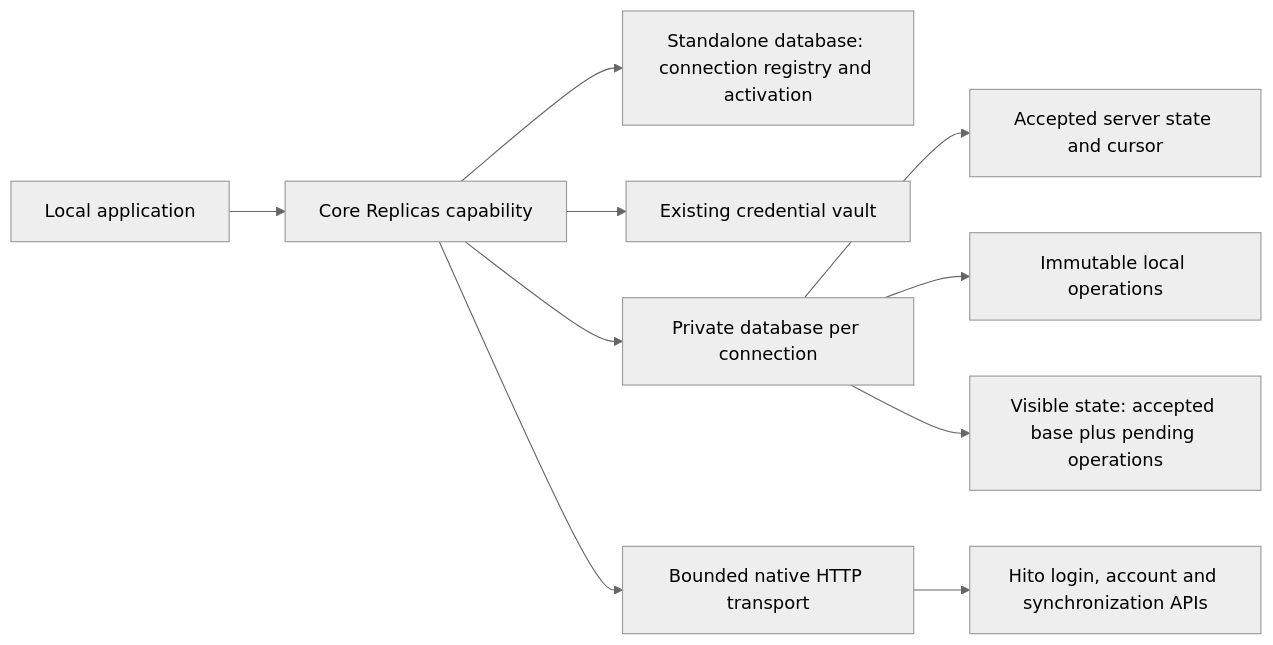
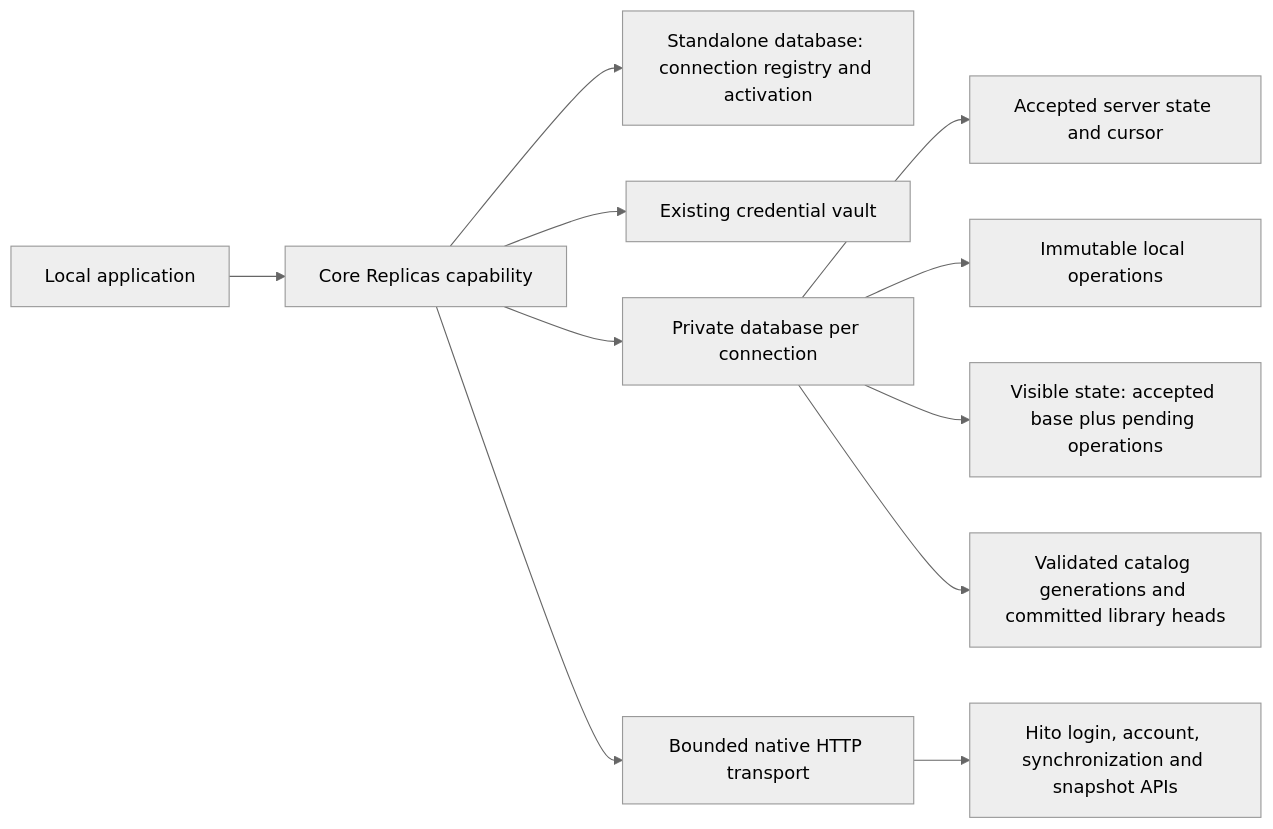
One commit to acidiney/hitoapp changed the first of 2 diagrams in docs/offline-replicas.md. Above: the diagram before and after it, drawn with Mermaid (neutral theme). The commit also changed other lines of this file and 4 other files, not shown here.

````diff
--- a/docs/offline-replicas.md
+++ b/docs/offline-replicas.md
@@ -9,12 +9,13 @@
 ```mermaid
 flowchart LR
     Desktop[Local application] --> Replicas[Core Replicas capability]
     Replicas --> Control[Standalone database: connection registry and activation]
     Replicas --> Vault[Existing credential vault]
     Replicas --> Profile[Private database per connection]
     Profile --> Base[Accepted server state and cursor]
     Profile --> Outbox[Immutable local operations]
     Profile --> Projection[Visible state: accepted base plus pending operations]
+    Profile --> Catalog[Validated catalog generations and committed library heads]
     Replicas --> Transport[Bounded native HTTP transport]
-    Transport --> Server[Hito login, account and synchronization APIs]
+    Transport --> Server[Hito login, account, synchronization and snapshot APIs]
 ```
````
